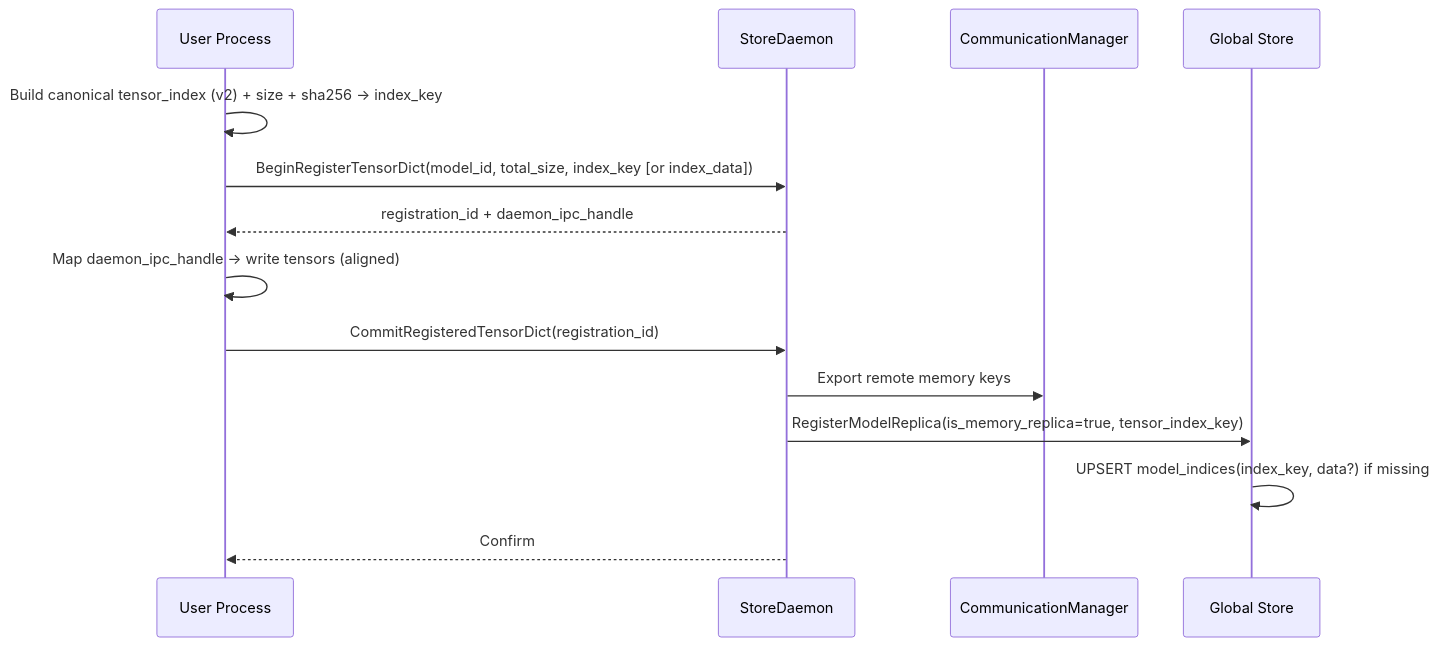
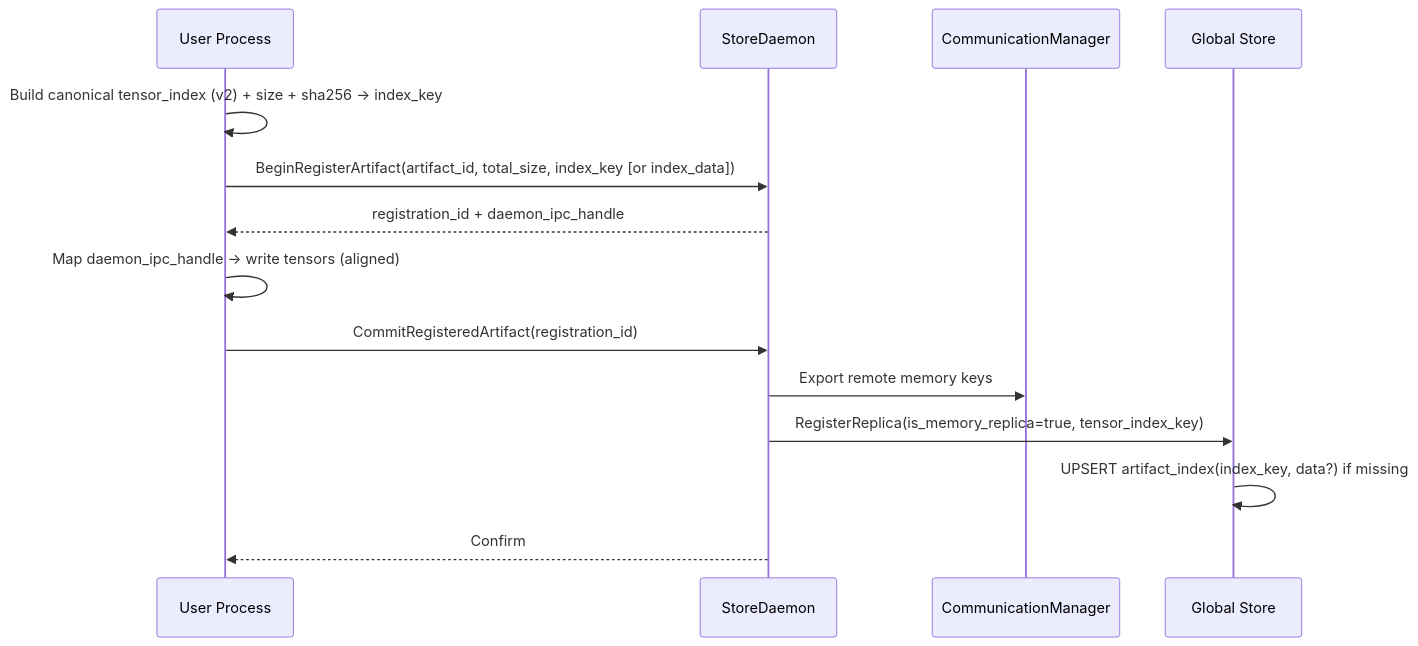
One commit to tensorcast-ai/tensorcast changed the first of 2 diagrams in rfcs/0006-memory-tensor-dict-registration-design.md. Above: the diagram before and after it, drawn with Mermaid. The commit also changed other lines of this file and 331 other files, not shown here.

Commit message:
refactor: refactor model to artifact & replica

````diff
--- a/rfcs/0006-memory-tensor-dict-registration-design.md
+++ b/rfcs/0006-memory-tensor-dict-registration-design.md
@@ -204,17 +204,17 @@
 ```mermaid
 sequenceDiagram
   participant U as User Process
   participant SD as StoreDaemon
   participant CM as CommunicationManager
   participant GS as Global Store
 
   U->>U: Build canonical tensor_index (v2) + size + sha256 → index_key
-  U->>SD: BeginRegisterTensorDict(model_id, total_size, index_key [or index_data])
+  U->>SD: BeginRegisterArtifact(artifact_id, total_size, index_key [or index_data])
   SD-->>U: registration_id + daemon_ipc_handle
   U->>U: Map daemon_ipc_handle → write tensors (aligned)
-  U->>SD: CommitRegisteredTensorDict(registration_id)
+  U->>SD: CommitRegisteredArtifact(registration_id)
   SD->>CM: Export remote memory keys
-  SD->>GS: RegisterModelReplica(is_memory_replica=true, tensor_index_key)
-  GS->>GS: UPSERT model_indices(index_key, data?) if missing
+  SD->>GS: RegisterReplica(is_memory_replica=true, tensor_index_key)
+  GS->>GS: UPSERT artifact_index(index_key, data?) if missing
   SD-->>U: Confirm
 ```
````
